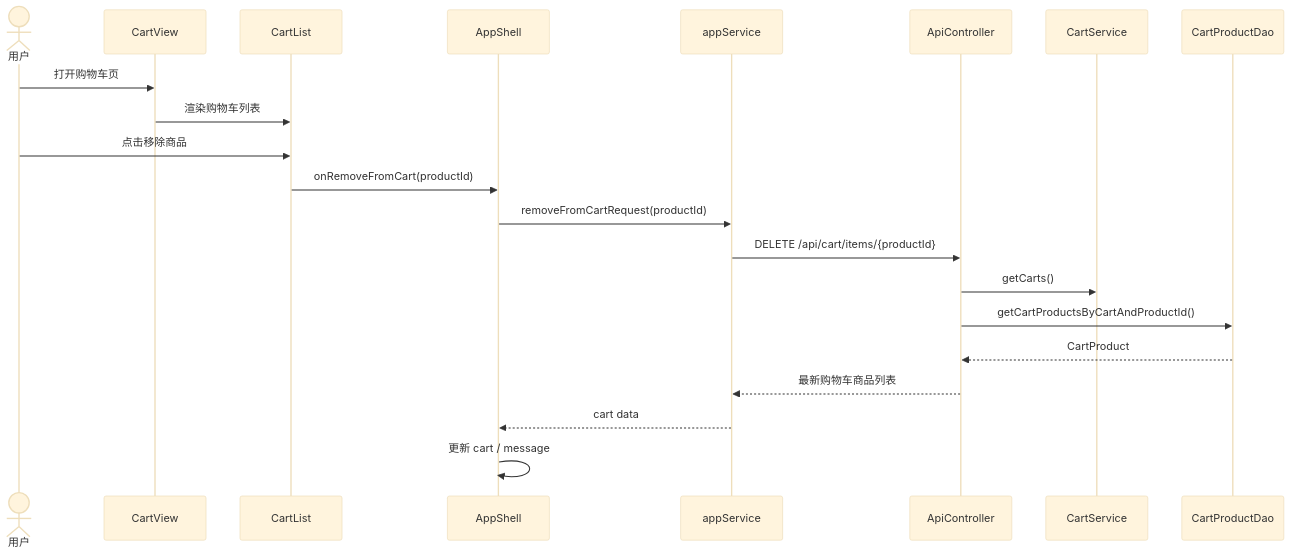
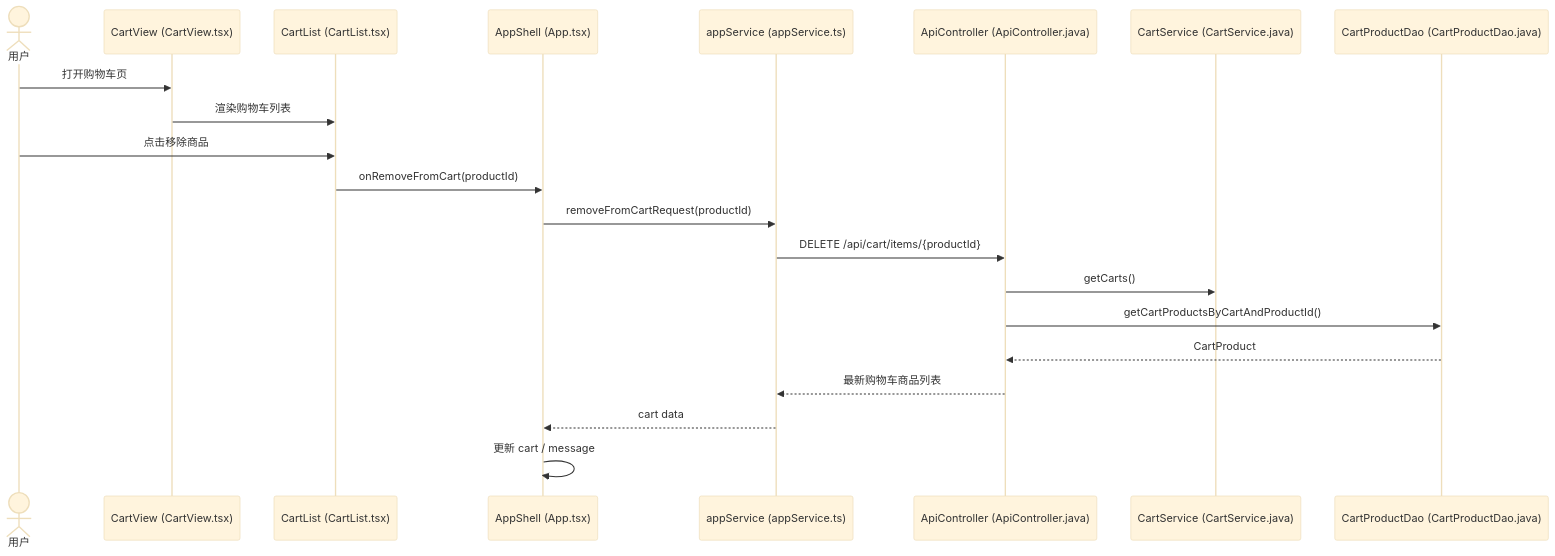
Before and after one commit to kurekako2017/vscode_study: the sixth of 8 diagrams in java-projects/JtProject-React/docs/README.md, drawn with Mermaid (base theme). The commit also changed other lines of this file and 11 other files, not shown here.

Commit message:
docs: expand AWS and project diagrams

````diff
--- a/java-projects/JtProject-React/docs/README.md
+++ b/java-projects/JtProject-React/docs/README.md
@@ -580,24 +705,24 @@
 ```mermaid
 sequenceDiagram
 	actor U as 用户
-	participant V as CartView
-	participant L as CartList
-	participant S as AppShell
-	participant A as appService
-	participant C as ApiController
-	participant CS as CartService
-	participant CPD as CartProductDao
+	participant V as CartView (CartView.tsx)
+	participant L as CartList (CartList.tsx)
+	participant S as AppShell (App.tsx)
+	participant A as appService (appService.ts)
+	participant C as ApiController (ApiController.java)
+	participant CS as CartService (CartService.java)
+	participant CPD as CartProductDao (CartProductDao.java)
 
 	U->>V: 打开购物车页
 	V->>L: 渲染购物车列表
 	U->>L: 点击移除商品
 	L->>S: onRemoveFromCart(productId)
 	S->>A: removeFromCartRequest(productId)
 	A->>C: DELETE /api/cart/items/{productId}
 	C->>CS: getCarts()
 	C->>CPD: getCartProductsByCartAndProductId()
 	CPD-->>C: CartProduct
 	C-->>A: 最新购物车商品列表
 	A-->>S: cart data
 	S->>S: 更新 cart / message
 ```
````
